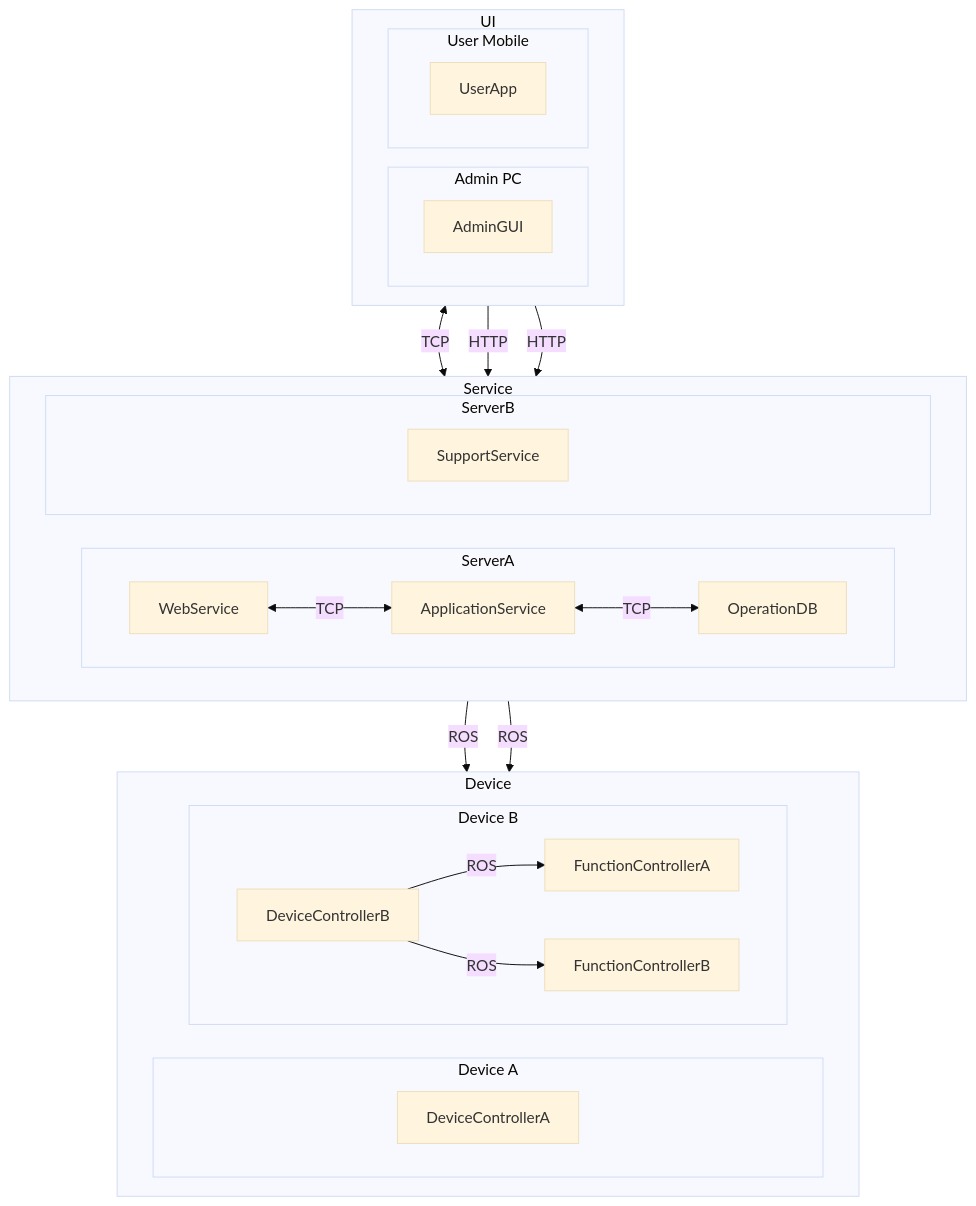
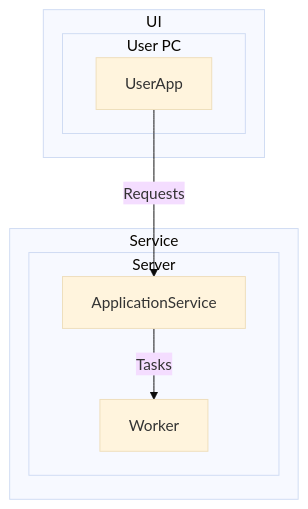
The diagram in skills/astronaut-sa/SKILL.md (ned-razzz/system-astronaut), drawn with Mermaid (base theme) before and after one commit. The commit also changed other lines of this file and 3 other files, not shown here.

````diff
--- a/skills/astronaut-sa/SKILL.md
+++ b/skills/astronaut-sa/SKILL.md
@@ -134,69 +109,19 @@
 ```mermaid
 flowchart TB
 
-%% =========================
-%% UI
-%% =========================
 subgraph UI["UI"]
-    direction LR
-
-    subgraph AdminPC["Admin PC"]
-        AdminGUI["AdminGUI"]
-    end
-
-    subgraph UserMobile["User Mobile"]
+    subgraph UserPC["User PC"]
         UserApp["UserApp"]
     end
 end
 
-%% =========================
-%% Service
-%% =========================
 subgraph Service["Service"]
-    direction LR
-
-    subgraph ServerA["ServerA"]
-        direction LR
-
-        WebService["WebService"]
+    subgraph Server["Server"]
         ApplicationService["ApplicationService"]
-        OperationDB["OperationDB"]
-    end
-
-    subgraph ServerB["ServerB"]
-        SupportService["SupportService"]
+        Worker["Worker"]
     end
 end
 
-%% =========================
-%% Device
-%% =========================
-subgraph Device["Device"]
-    direction LR
-
-    subgraph DeviceA["Device A"]
-        DeviceControllerA["DeviceControllerA"]
-    end
-
-    subgraph DeviceB["Device B"]
-        direction LR
-
-        DeviceControllerB["DeviceControllerB"]
-        FunctionControllerA["FunctionControllerA"]
-        FunctionControllerB["FunctionControllerB"]
-    end
-end
-
-WebService <-->|TCP| ApplicationService
-ApplicationService <-->|TCP| OperationDB
-DeviceControllerB -->|ROS| FunctionControllerA
-DeviceControllerB -->|ROS| FunctionControllerB
-
-AdminGUI <-->|TCP| ApplicationService
-UserApp -->|HTTP| WebService
-UserApp -->|HTTP| SupportService
-
-ApplicationService -->|ROS| DeviceControllerA
-ApplicationService -->|ROS| DeviceControllerB
-
+UserApp -->|Requests| ApplicationService
+ApplicationService -->|Tasks| Worker
 ```
````
